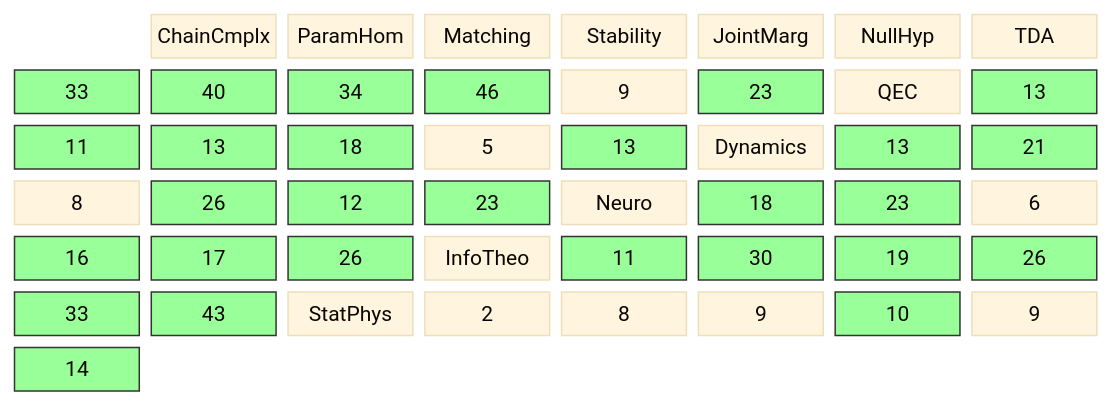
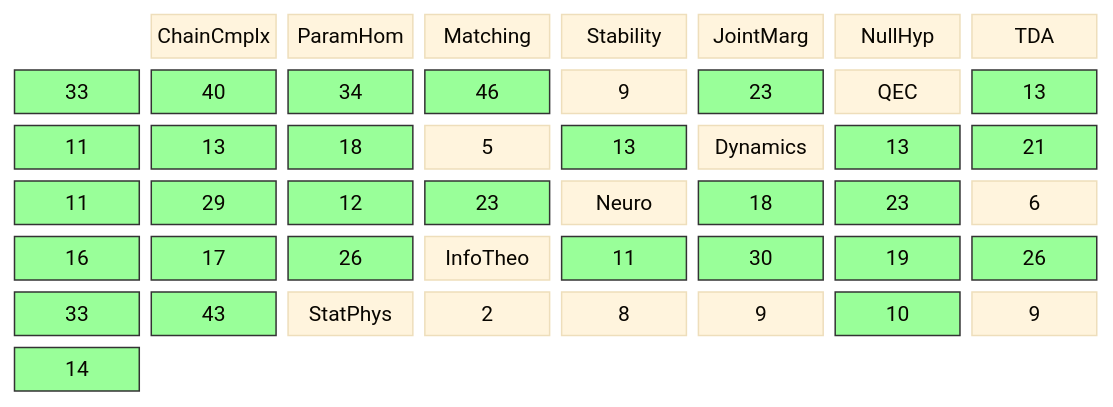
Before and after one commit to musicofhel/topoyolo: the diagram in diagrams/coverage-matrix.md, drawn with Mermaid. The commit also changed other lines of this file and 8 other files, not shown here.

````diff
--- a/diagrams/coverage-matrix.md
+++ b/diagrams/coverage-matrix.md
@@ -22,42 +22,43 @@
 ```mermaid
 %%{init: {'theme': 'base', 'themeVariables': {'fontSize': '14px'}}}%%
 block-beta
   columns 8
 
   space:1 CC["ChainCmplx"] PH["ParamHom"] MA["Matching"] ST["Stability"] JM["JointMarg"] NH["NullHyp"]
 
   TDA["TDA"] TDA_CC["33"] TDA_PH["40"] TDA_MA["34"] TDA_ST["46"] TDA_JM["9"] TDA_NH["23"]
   QEC["QEC"] QEC_CC["13"] QEC_PH["11"] QEC_MA["13"] QEC_ST["18"] QEC_JM["5"] QEC_NH["13"]
-  DYN["Dynamics"] DYN_CC["13"] DYN_PH["21"] DYN_MA["8"] DYN_ST["26"] DYN_JM["12"] DYN_NH["23"]
+  DYN["Dynamics"] DYN_CC["13"] DYN_PH["21"] DYN_MA["11"] DYN_ST["29"] DYN_JM["12"] DYN_NH["23"]
   NEU["Neuro"] NEU_CC["18"] NEU_PH["23"] NEU_MA["6"] NEU_ST["16"] NEU_JM["17"] NEU_NH["26"]
   IT["InfoTheo"] IT_CC["11"] IT_PH["30"] IT_MA["19"] IT_ST["26"] IT_JM["33"] IT_NH["43"]
   SP["StatPhys"] SP_CC["2"] SP_PH["8"] SP_MA["9"] SP_ST["10"] SP_JM["9"] SP_NH["14"]
   style TDA_CC fill:#9f9,stroke:#333
   style TDA_PH fill:#9f9,stroke:#333
   style TDA_MA fill:#9f9,stroke:#333
   style TDA_ST fill:#9f9,stroke:#333
   style TDA_NH fill:#9f9,stroke:#333
   style QEC_CC fill:#9f9,stroke:#333
   style QEC_PH fill:#9f9,stroke:#333
   style QEC_MA fill:#9f9,stroke:#333
   style QEC_ST fill:#9f9,stroke:#333
   style QEC_NH fill:#9f9,stroke:#333
   style DYN_CC fill:#9f9,stroke:#333
   style DYN_PH fill:#9f9,stroke:#333
+  style DYN_MA fill:#9f9,stroke:#333
   style DYN_ST fill:#9f9,stroke:#333
   style DYN_JM fill:#9f9,stroke:#333
   style DYN_NH fill:#9f9,stroke:#333
   style NEU_CC fill:#9f9,stroke:#333
   style NEU_PH fill:#9f9,stroke:#333
   style NEU_ST fill:#9f9,stroke:#333
   style NEU_JM fill:#9f9,stroke:#333
   style NEU_NH fill:#9f9,stroke:#333
   style IT_CC fill:#9f9,stroke:#333
   style IT_PH fill:#9f9,stroke:#333
   style IT_MA fill:#9f9,stroke:#333
   style IT_ST fill:#9f9,stroke:#333
   style IT_JM fill:#9f9,stroke:#333
   style IT_NH fill:#9f9,stroke:#333
   style SP_ST fill:#9f9,stroke:#333
   style SP_NH fill:#9f9,stroke:#333
 ```
````
